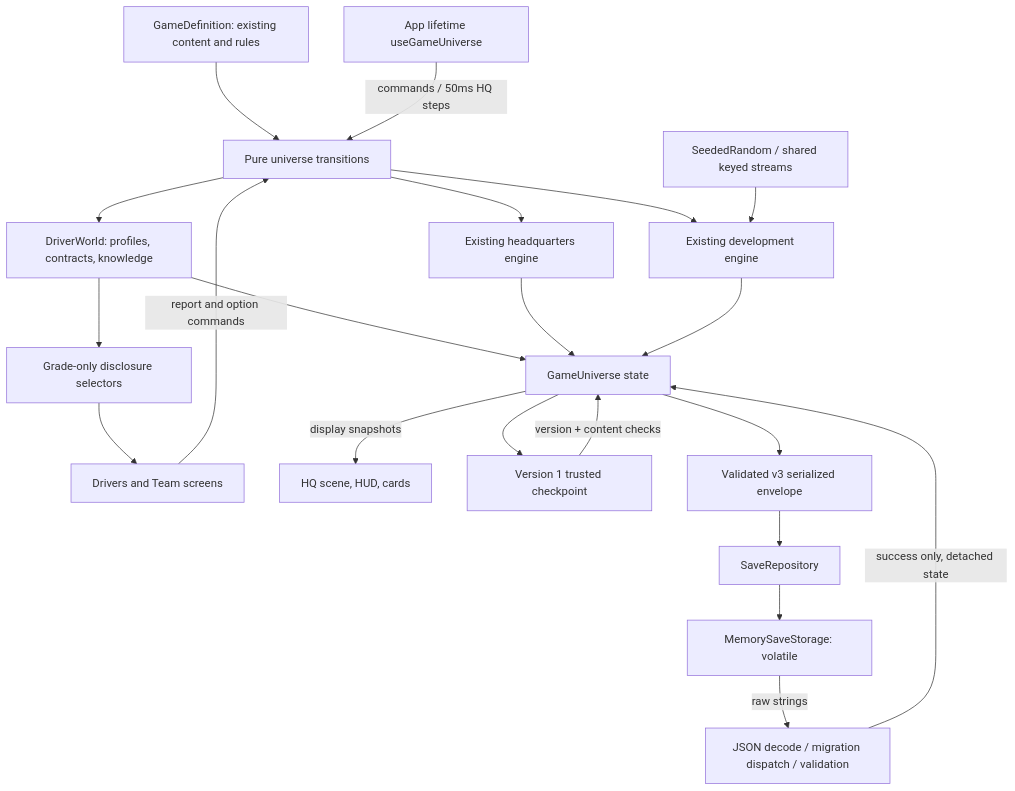
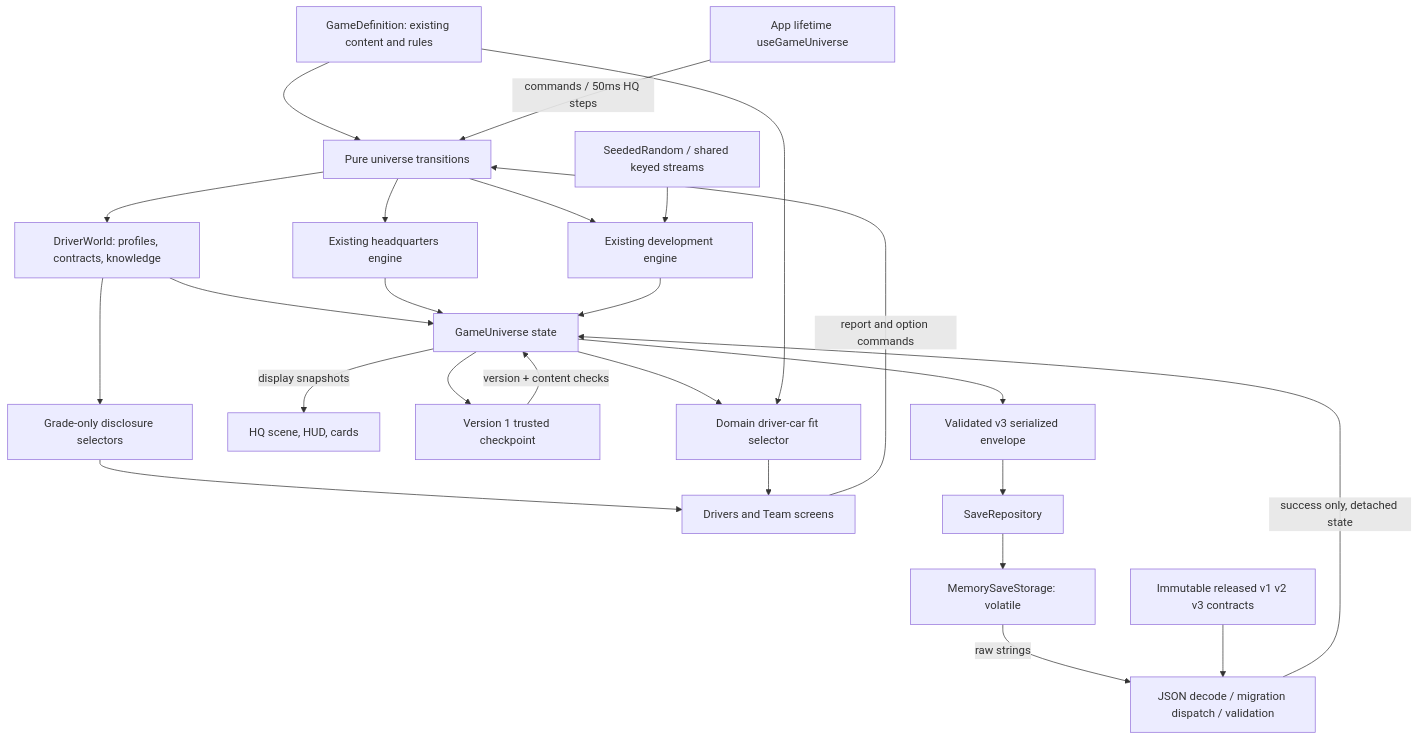
Before and after one commit to BoosterGold85/FormulaTycoon: the diagram in docs/SYSTEM_MAP.md, drawn with Mermaid. The commit also changed other lines of this file and 29 other files, not shown here.

````diff
--- a/docs/SYSTEM_MAP.md
+++ b/docs/SYSTEM_MAP.md
@@ -5,23 +5,27 @@
 ```mermaid
 flowchart TD
     Definition[GameDefinition: existing content and rules] --> Universe[Pure universe transitions]
     Universe --> HQ[Existing headquarters engine]
     Universe --> Dev[Existing development engine]
     Universe --> Drivers[DriverWorld: profiles, contracts, knowledge]
     Drivers --> State
     Drivers --> Disclosure[Grade-only disclosure selectors]
     Disclosure --> DriverUI[Drivers and Team screens]
     DriverUI -->|report and option commands| Universe
     HQ --> State[GameUniverse state]
     Dev --> State
     App[App lifetime useGameUniverse] -->|commands / 50ms HQ steps| Universe
     State -->|display snapshots| UI[HQ scene, HUD, cards]
     State --> Checkpoint[Version 1 trusted checkpoint]
     Checkpoint -->|version + content checks| State
     State --> Envelope[Validated v3 serialized envelope]
     Envelope --> Repo[SaveRepository]
     Repo --> Memory[MemorySaveStorage: volatile]
     Memory -->|raw strings| Decode[JSON decode / migration dispatch / validation]
+    Frozen[Immutable released v1 v2 v3 contracts] --> Decode
+    State --> Fit[Domain driver-car fit selector]
+    Definition --> Fit
+    Fit --> DriverUI
     Decode -->|success only, detached state| State
     RNG[SeededRandom / shared keyed streams] --> Dev
 ```
````
